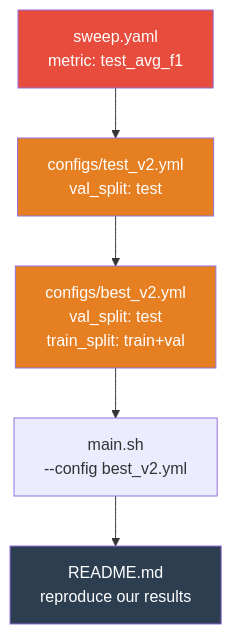
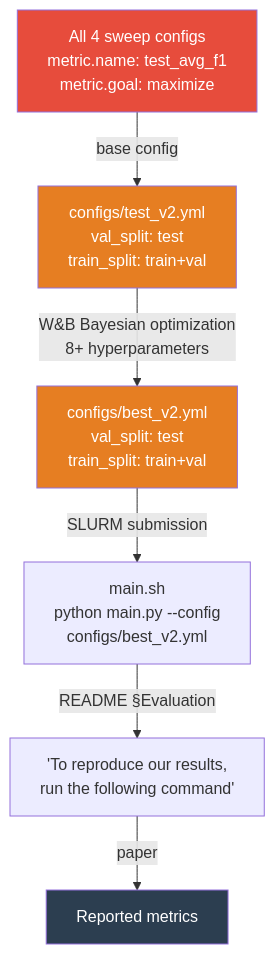
The diagram in docs/audit_v1.md (Farrior13/FlareSense-v2-Audit), drawn with Mermaid before and after one commit. The commit also changed other lines of this file and 6 other files, not shown here.

````diff
--- a/docs/audit_v1.md
+++ b/docs/audit_v1.md
@@ -280,11 +280,12 @@
 ```mermaid
 flowchart TD
-    A["sweep.yaml<br/>metric: test_avg_f1"] --> B["configs/test_v2.yml<br/>val_split: test"]
-    B --> C["configs/best_v2.yml<br/>val_split: test<br/>train_split: train+val"]
-    C --> D["main.sh<br/>--config best_v2.yml"]
-    D --> E["README.md<br/>reproduce our results"]
+    A["All 4 sweep configs<br/>metric.name: test_avg_f1<br/>metric.goal: maximize"] -->|"base config"| B["configs/test_v2.yml<br/>val_split: test<br/>train_split: train+val"]
+    B -->|"W&B Bayesian optimization<br/>8+ hyperparameters"| C["configs/best_v2.yml<br/>val_split: test<br/>train_split: train+val"]
+    C -->|"SLURM submission"| D["main.sh<br/>python main.py --config<br/>configs/best_v2.yml"]
+    D -->|"README §Evaluation"| E["'To reproduce our results,<br/>run the following command'"]
+    E -->|"paper"| F["Reported metrics"]
     style A fill:#e74c3c,color:white
     style B fill:#e67e22,color:white
     style C fill:#e67e22,color:white
-    style E fill:#2c3e50,color:white
+    style F fill:#2c3e50,color:white
 ```
````
